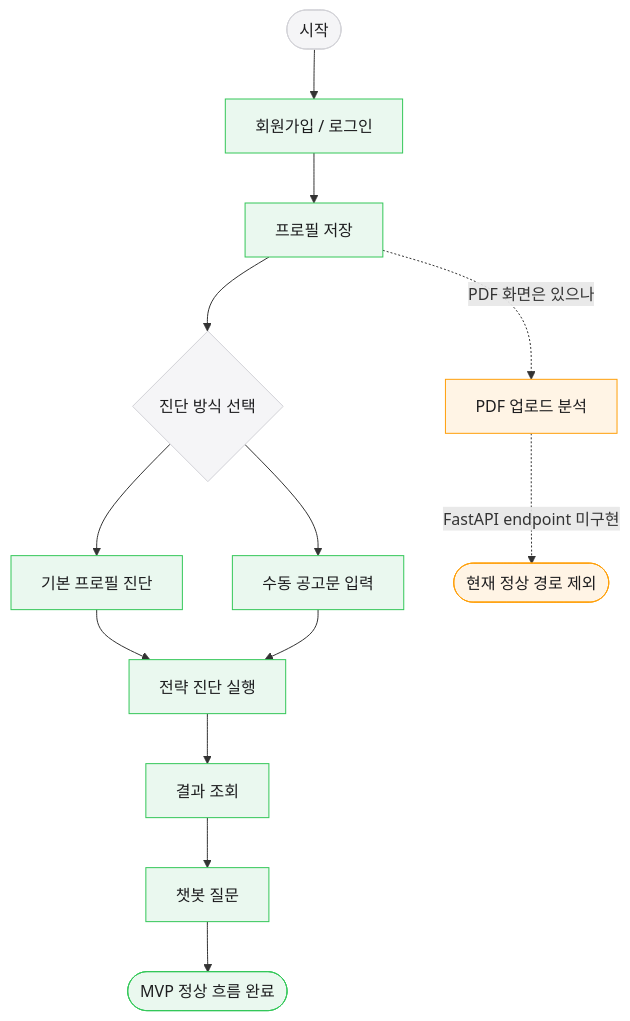
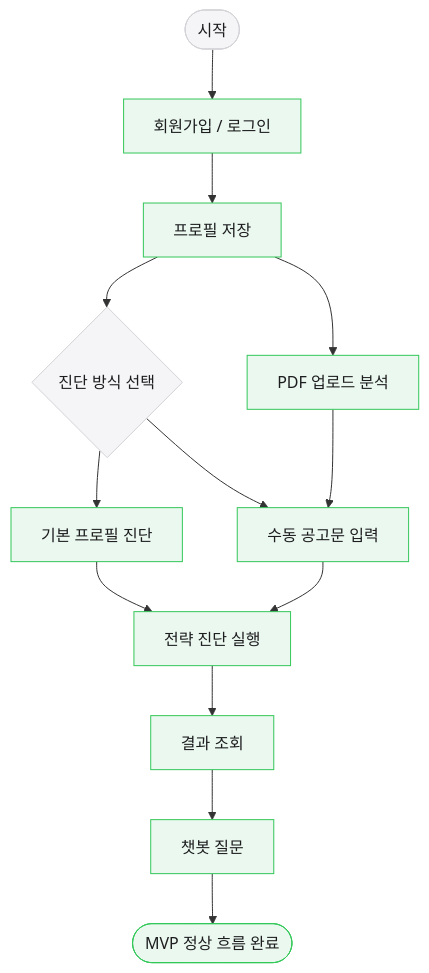
The second of 2 diagrams in docs/CURRENT_STATUS.md (ldy-99/SKN29-3rd-3team), drawn with Mermaid before and after one commit. The commit also changed other lines of this file and 21 other files, not shown here.

Commit message:
Add PDF analysis flow and RAG fallback handling

````diff
--- a/docs/CURRENT_STATUS.md
+++ b/docs/CURRENT_STATUS.md
@@ -93,23 +92,23 @@
 ```mermaid
 flowchart TD
     start(["시작"]) --> auth["회원가입 / 로그인"]
     auth --> profile["프로필 저장"]
     profile --> choose{"진단 방식 선택"}
     choose --> basic["기본 프로필 진단"]
     choose --> notice["수동 공고문 입력"]
     basic --> strategy["전략 진단 실행"]
     notice --> strategy
     strategy --> result["결과 조회"]
     result --> chat["챗봇 질문"]
     chat --> done(["MVP 정상 흐름 완료"])
 
-    profile -. "PDF 화면은 있으나" .-> pdf["PDF 업로드 분석"]
-    pdf -. "FastAPI endpoint 미구현" .-> blocked(["현재 정상 경로 제외"])
+    profile --> pdf["PDF 업로드 분석"]
+    pdf --> notice
 
     classDef ok fill:#EAF8EF,stroke:#34C759,color:#1D1D1F,stroke-width:1px;
     classDef warn fill:#FFF4E5,stroke:#FF9F0A,color:#1D1D1F,stroke-width:1px;
     classDef point fill:#F5F5F7,stroke:#D2D2D7,color:#1D1D1F,stroke-width:1px;
     class auth,profile,basic,notice,strategy,result,chat,done ok;
-    class pdf,blocked warn;
+    class pdf ok;
     class start,choose point;
 ```
````
